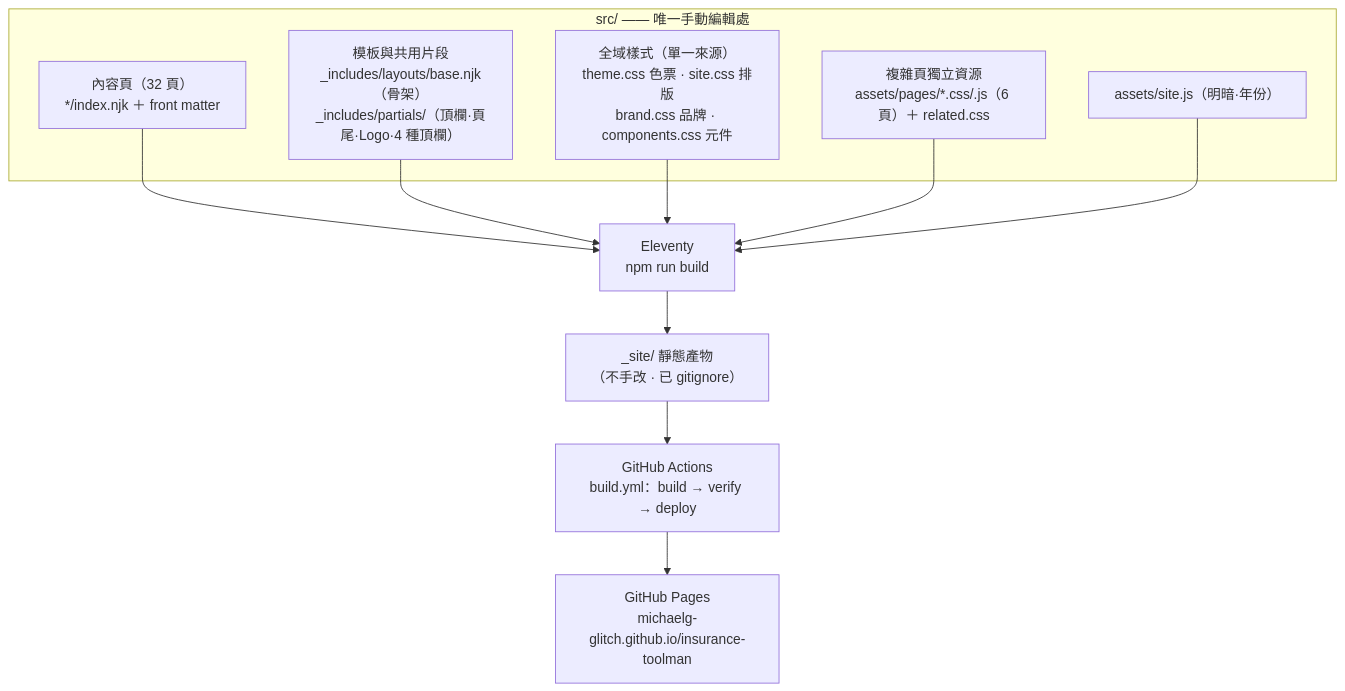
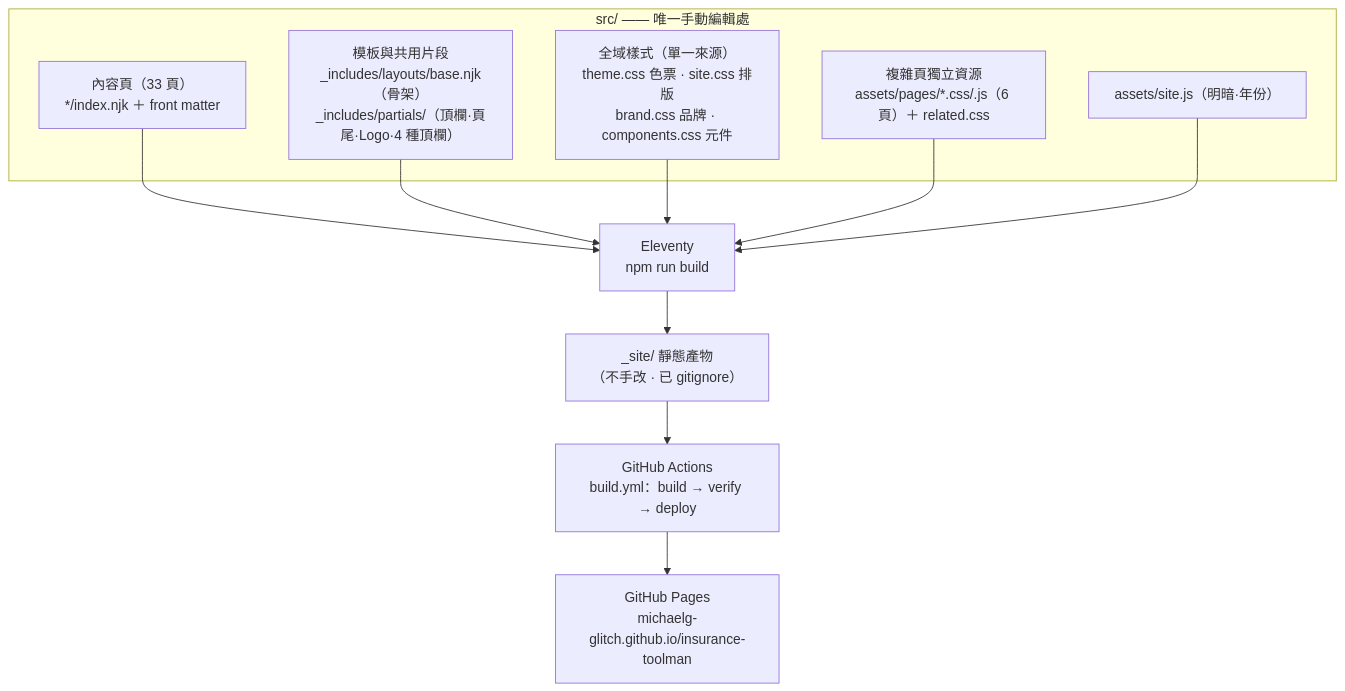
One commit to MichaelG-glitch/insurance-toolman changed the diagram in ARCHITECTURE.md. Above: the diagram before and after it, drawn with Mermaid. The commit also changed other lines of this file and 8 other files, not shown here.

````diff
--- a/ARCHITECTURE.md
+++ b/ARCHITECTURE.md
@@ -53,20 +54,20 @@
 ```mermaid
 flowchart TB
   subgraph src["src/ —— 唯一手動編輯處"]
-    content["內容頁（32 頁）<br/>*/index.njk ＋ front matter"]
+    content["內容頁（33 頁）<br/>*/index.njk ＋ front matter"]
     tmpl["模板與共用片段<br/>_includes/layouts/base.njk（骨架）<br/>_includes/partials/（頂欄·頁尾·Logo·4 種頂欄）"]
     css["全域樣式（單一來源）<br/>theme.css 色票 · site.css 排版<br/>brand.css 品牌 · components.css 元件"]
     pagecss["複雜頁獨立資源<br/>assets/pages/*.css/.js（6 頁）＋ related.css"]
     js["assets/site.js（明暗·年份）"]
   end
   build["Eleventy<br/>npm run build"]
   out["_site/ 靜態產物<br/>（不手改 · 已 gitignore）"]
   ci["GitHub Actions<br/>build.yml：build → verify → deploy"]
   live["GitHub Pages<br/>michaelg-glitch.github.io/insurance-toolman"]
   content --> build
   tmpl --> build
   css --> build
   pagecss --> build
   js --> build
   build --> out --> ci --> live
 ```
````
